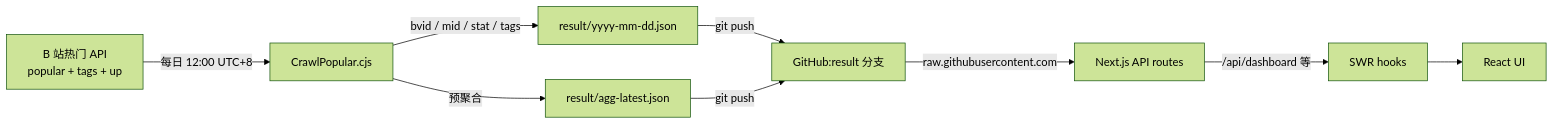
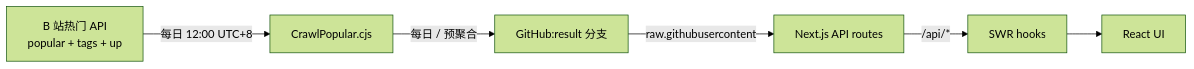
One commit to BlackishGreen33/BiliBili-Analyzer changed the diagram in README.md. Above: the diagram before and after it, drawn with Mermaid (forest theme). The commit also changed other lines of this file, not shown here.

````diff
--- a/README.md
+++ b/README.md
@@ -46,11 +66,8 @@
 ```mermaid
 graph LR
   A[B 站热门 API<br>popular + tags + up] -->|每日 12:00 UTC+8| B[CrawlPopular.cjs]
-  B -->|bvid / mid / stat / tags| C[result/yyyy-mm-dd.json]
-  B -->|预聚合| D[result/agg-latest.json]
-  C -->|git push| E[GitHub:result 分支]
-  D -->|git push| E
-  E -->|raw.githubusercontent.com| F[Next.js API routes]
-  F -->|/api/dashboard 等| G[SWR hooks]
-  G --> H[React UI]
+  B -->|每日 / 预聚合| C[GitHub:result 分支]
+  C -->|raw.githubusercontent| D[Next.js API routes]
+  D -->|/api/*| E[SWR hooks]
+  E --> F[React UI]
 ```
````
